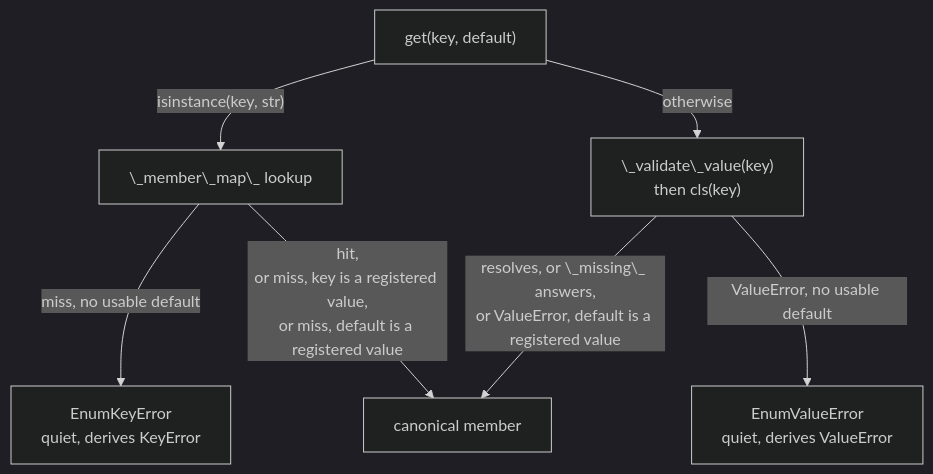
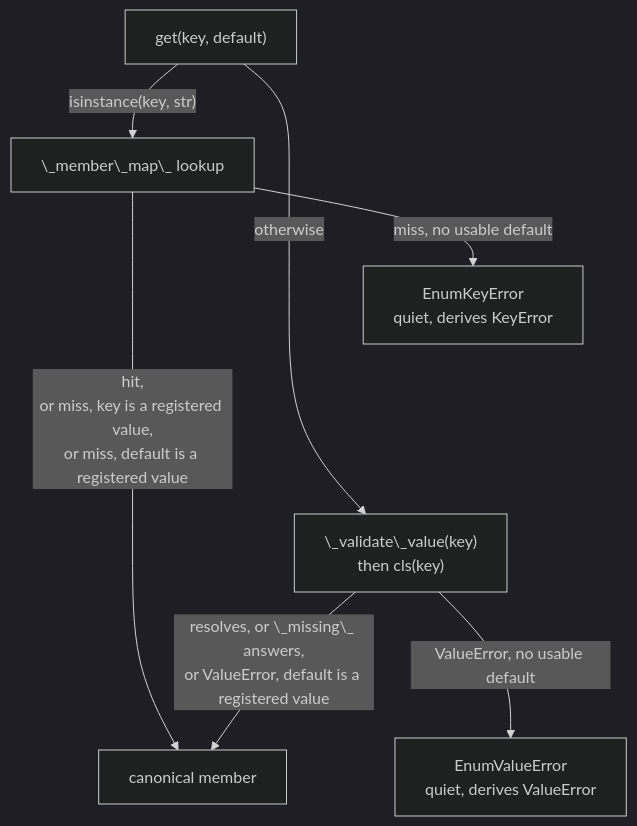
One commit to JarryShaw/PyPCAPKit changed the diagram in docs/source/contributing/conventions/registry-protocol.rst. Above: the diagram before and after it, drawn with Mermaid (dark theme). The commit also changed 9 other files, not shown here.

First line of the commit message:
docs: lay out every diagram vertically so it renders at a readable size

```diff
--- a/docs/source/contributing/conventions/registry-protocol.rst
+++ b/docs/source/contributing/conventions/registry-protocol.rst
@@ -161,9 +161,10 @@
 .. mermaid::
 
    flowchart TD
        GET["get(key, default)"] -->|"isinstance(key, str)"| NAME["\_member\_map\_ lookup"]
        GET -->|"otherwise"| VALUE["\_validate\_value(key)<br/>then cls(key)"]
        NAME -->|"miss, no usable default"| KEYERR["EnumKeyError<br/>quiet, derives KeyError"]
        NAME -->|"hit,<br/>or miss, key is a registered value,<br/>or miss, default is a registered value"| OK["canonical member"]
        VALUE -->|"resolves, or \_missing\_ answers,<br/>or ValueError, default is a registered value"| OK
        VALUE -->|"ValueError, no usable default"| VALERR["EnumValueError<br/>quiet, derives ValueError"]
+       KEYERR ~~~ VALUE
```
